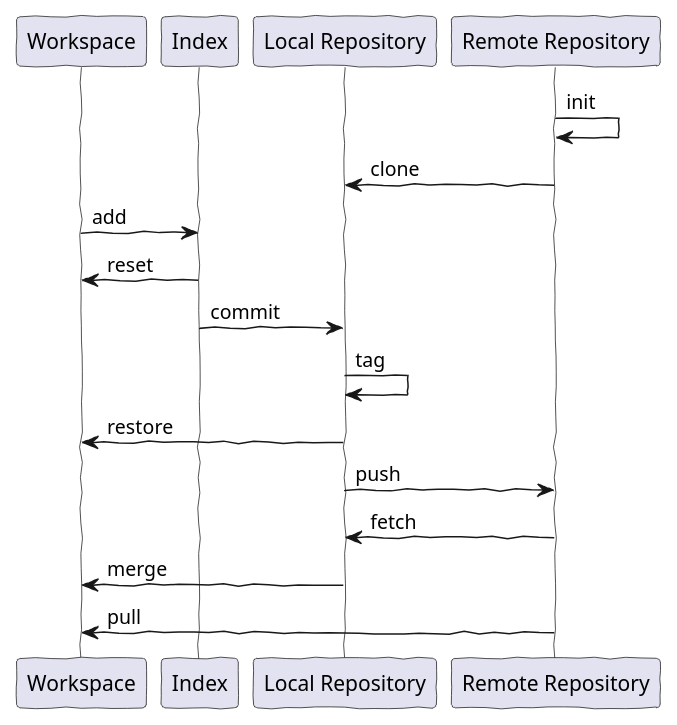
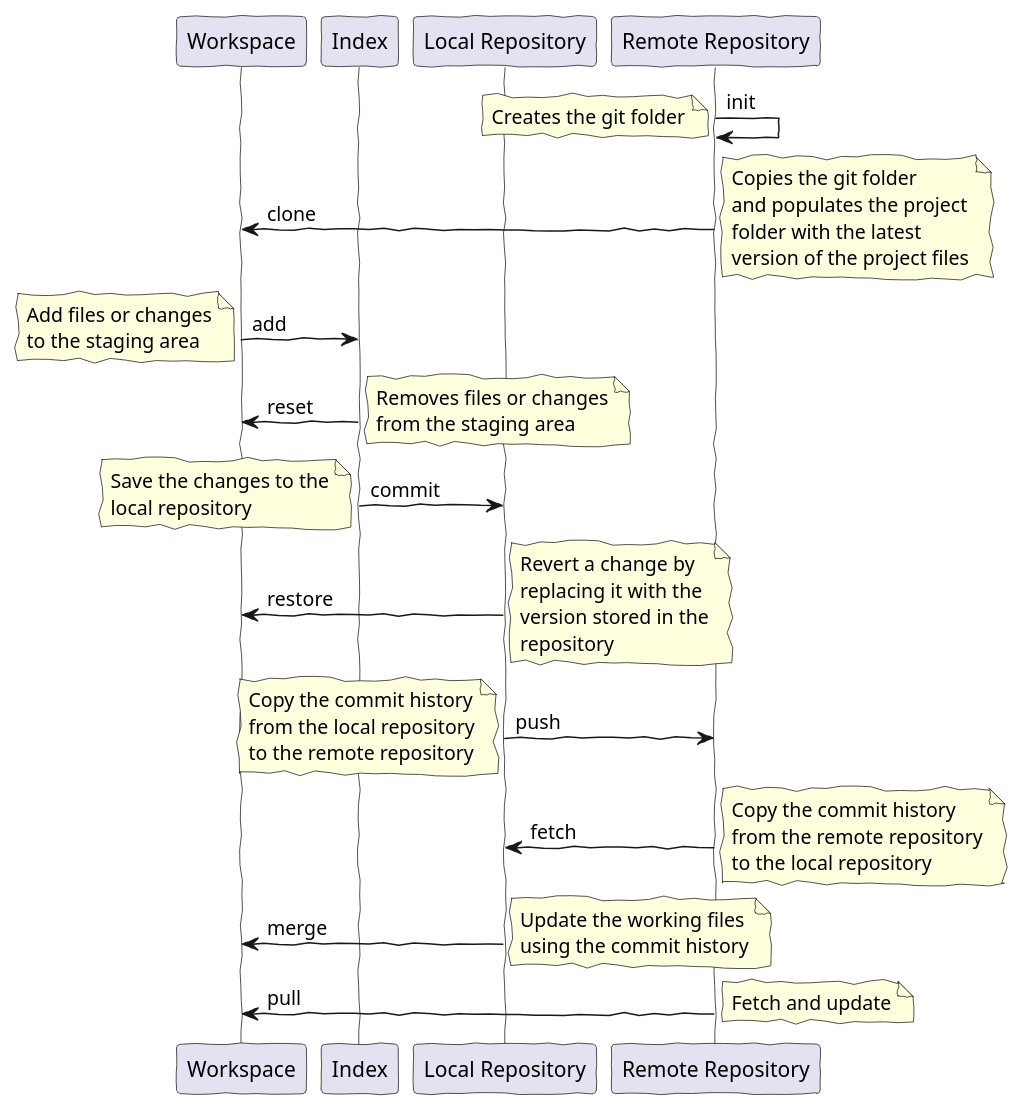
The diagram in Assets/uml/git_dataflow_diagram.puml (braboj/tutorial-git), drawn with PlantUML before and after one commit.

Commit message:
(TUT-GIT) - Update of the dataflow diagram

```diff
--- a/Assets/uml/git_dataflow_diagram.puml
+++ b/Assets/uml/git_dataflow_diagram.puml
@@ -1,23 +1,85 @@
 @startuml
 skinparam lifelineStrategy solid
 'skinparam backgroundColor #EEEBDC
 skinparam handwritten true
 
 participant Workspace
 participant Index
 participant "Local Repository" as Local
 participant "Remote Repository" as Remote
 
+'Initialization
 Remote -> Remote    : init
-Remote -> Local     : clone
+note left
+    Creates the git folder
+end note
+
+'Cloning
+Remote -> Workspace : clone
+note right
+    Copies the git folder
+    and populates the project
+    folder with the latest
+    version of the project files
+end note
+
+'Staging
 Workspace -> Index  : add
+note left
+    Add files or changes
+    to the staging area
+end note
+
+'Unstaging
 Index -> Workspace  : reset
+note right
+    Removes files or changes
+    from the staging area
+end note
+
+'Commit
 Index -> Local      : commit
-Local -> Local      : tag
+note left
+    Save the changes to the
+    local repository
+end note
+
+'Reverting
 Local -> Workspace  : restore
+note right
+    Revert a change by
+    replacing it with the
+    version stored in the
+    repository
+end note
+
+'Pushing
 Local -> Remote     : push
+note left
+    Copy the commit history
+    from the local repository
+    to the remote repository
+end note
+
+'Fetching
 Remote -> Local     : fetch
+note right
+    Copy the commit history
+    from the remote repository
+    to the local repository
+end note
+
+'Update
 Local -> Workspace  : merge
+note right
+    Update the working files
+    using the commit history
+end note
+
+'Pulling
 Remote -> Workspace : pull
+note right
+   Fetch and update
+end note
 
 @enduml
```
